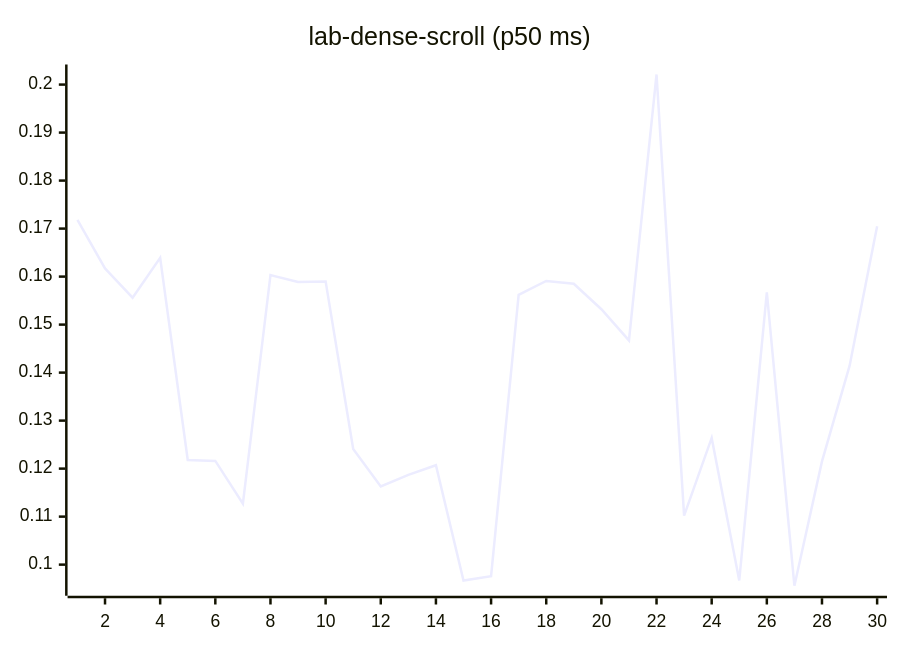
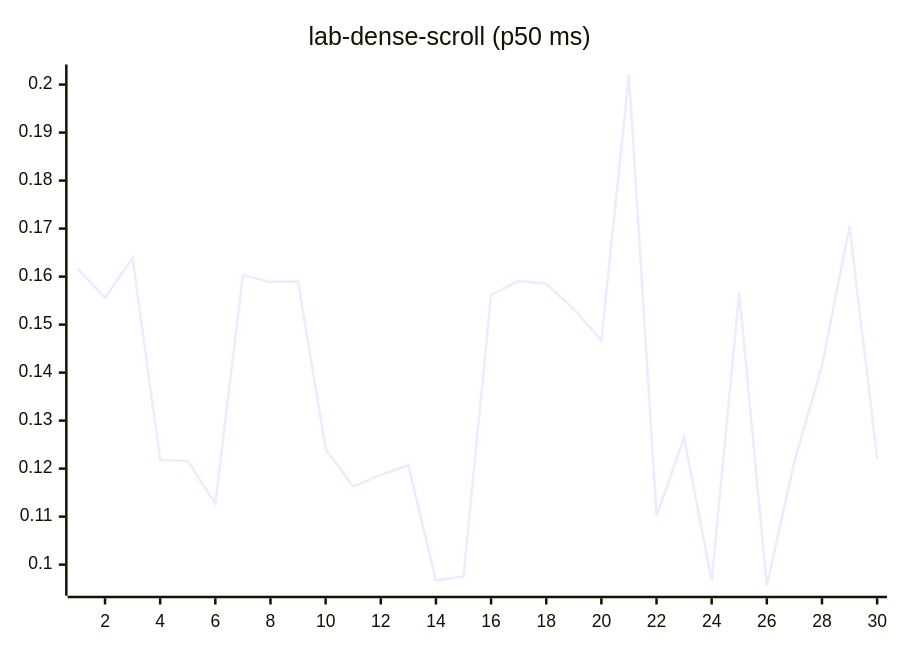
One commit to josha/Facet changed diagram 12 of 27 in README.md. Above: the diagram before and after it, drawn with Mermaid. The commit also changed other lines of this file and 2 other files, not shown here.

````diff
--- a/README.md
+++ b/README.md
@@ -140,6 +140,6 @@
 ```mermaid
 xychart-beta
     title "lab-dense-scroll (p50 ms)"
     x-axis 1 --> 30
-    line [0.1718, 0.1617, 0.1556, 0.1639, 0.1218, 0.1216, 0.1127, 0.1603, 0.1589, 0.1590, 0.1241, 0.1163, 0.1187, 0.1207, 0.0967, 0.0976, 0.1562, 0.1591, 0.1585, 0.1532, 0.1467, 0.2021, 0.1102, 0.1264, 0.0967, 0.1567, 0.0956, 0.1215, 0.1414, 0.1705]
+    line [0.1617, 0.1556, 0.1639, 0.1218, 0.1216, 0.1127, 0.1603, 0.1589, 0.1590, 0.1241, 0.1163, 0.1187, 0.1207, 0.0967, 0.0976, 0.1562, 0.1591, 0.1585, 0.1532, 0.1467, 0.2021, 0.1102, 0.1264, 0.0967, 0.1567, 0.0956, 0.1215, 0.1414, 0.1705, 0.1221]
 ```
````
